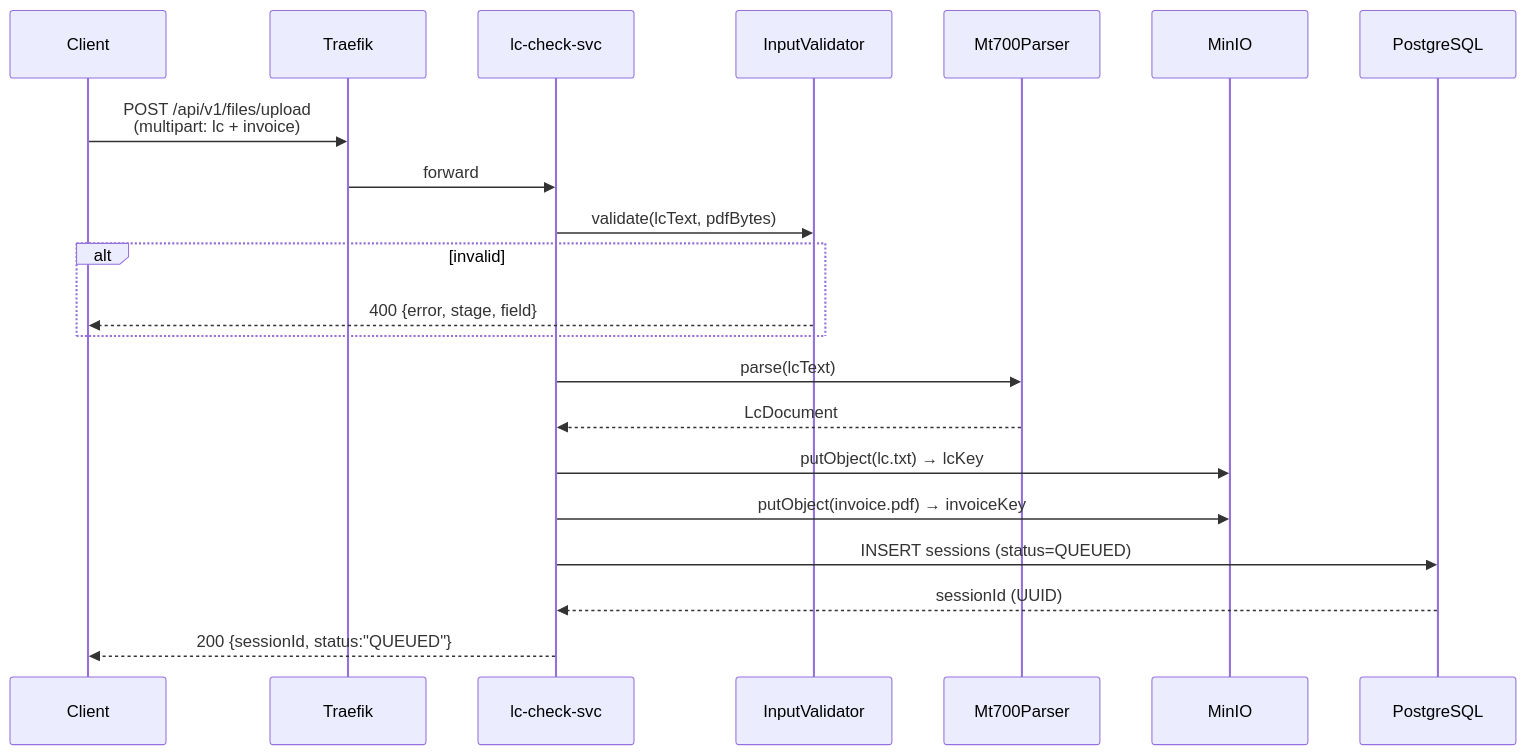
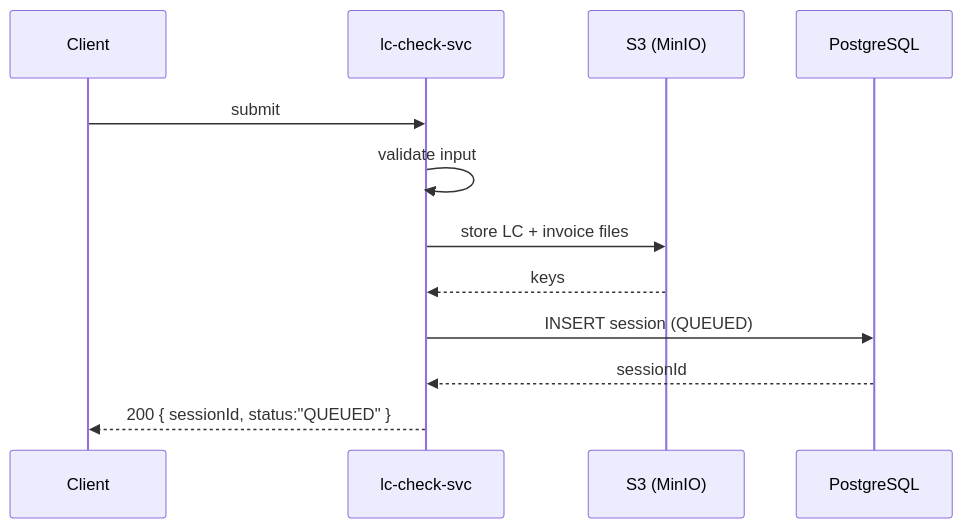
The first of 3 diagrams in README.md (smile-rr/lc-invoice-checker), drawn with Mermaid before and after one commit. The commit also changed other lines of this file and 1 other file, not shown here.

````diff
--- a/README.md
+++ b/README.md
@@ -165,24 +33,15 @@
 ```mermaid
 sequenceDiagram
     participant C as Client
-    participant TR as Traefik
     participant API as lc-check-svc
-    participant IV as InputValidator
-    participant MP as Mt700Parser
-    participant S3 as MinIO
+    participant S3 as S3 (MinIO)
     participant DB as PostgreSQL
 
-    C->>TR: POST /api/v1/files/upload<br/>(multipart: lc + invoice)
-    TR->>API: forward
-    API->>IV: validate(lcText, pdfBytes)
-    alt invalid
-        IV-->>C: 400 {error, stage, field}
-    end
-    API->>MP: parse(lcText)
-    MP-->>API: LcDocument
-    API->>S3: putObject(lc.txt) → lcKey
-    API->>S3: putObject(invoice.pdf) → invoiceKey
-    API->>DB: INSERT sessions (status=QUEUED)
-    DB-->>API: sessionId (UUID)
-    API-->>C: 200 {sessionId, status:"QUEUED"}
+    C->>API: submit
+    API->>API: validate input
+    API->>S3: store LC + invoice files
+    S3-->>API: keys
+    API->>DB: INSERT session (QUEUED)
+    DB-->>API: sessionId
+    API-->>C: 200 { sessionId, status:"QUEUED" }
 ```
````
